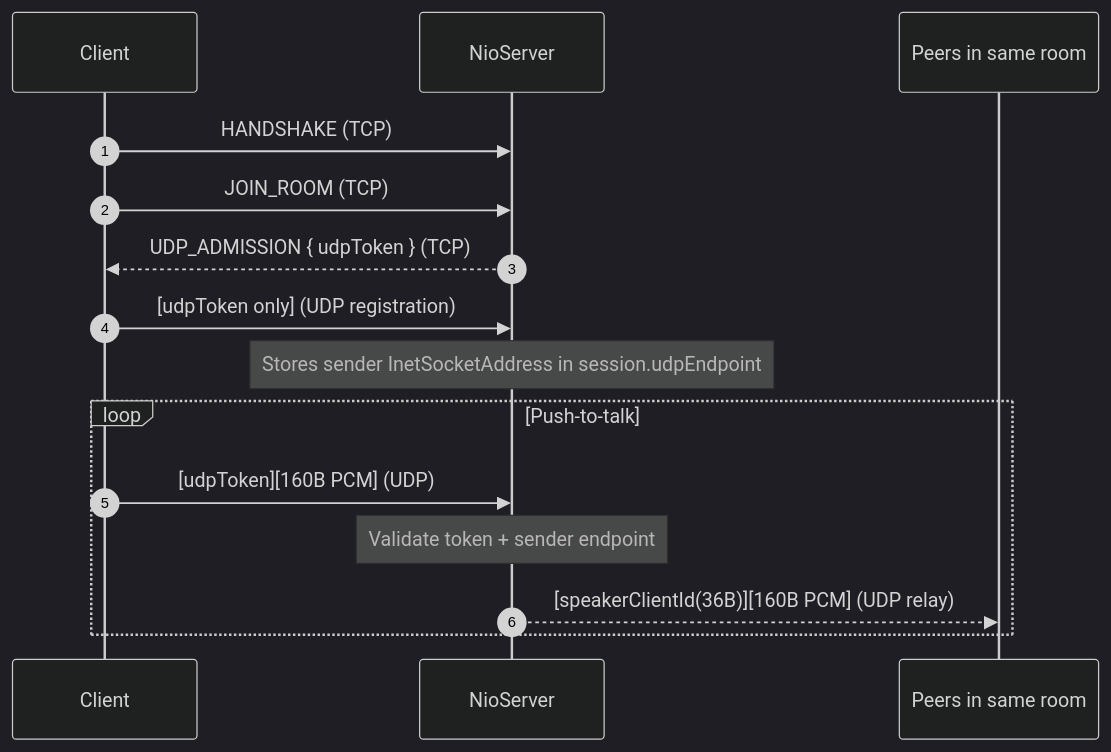
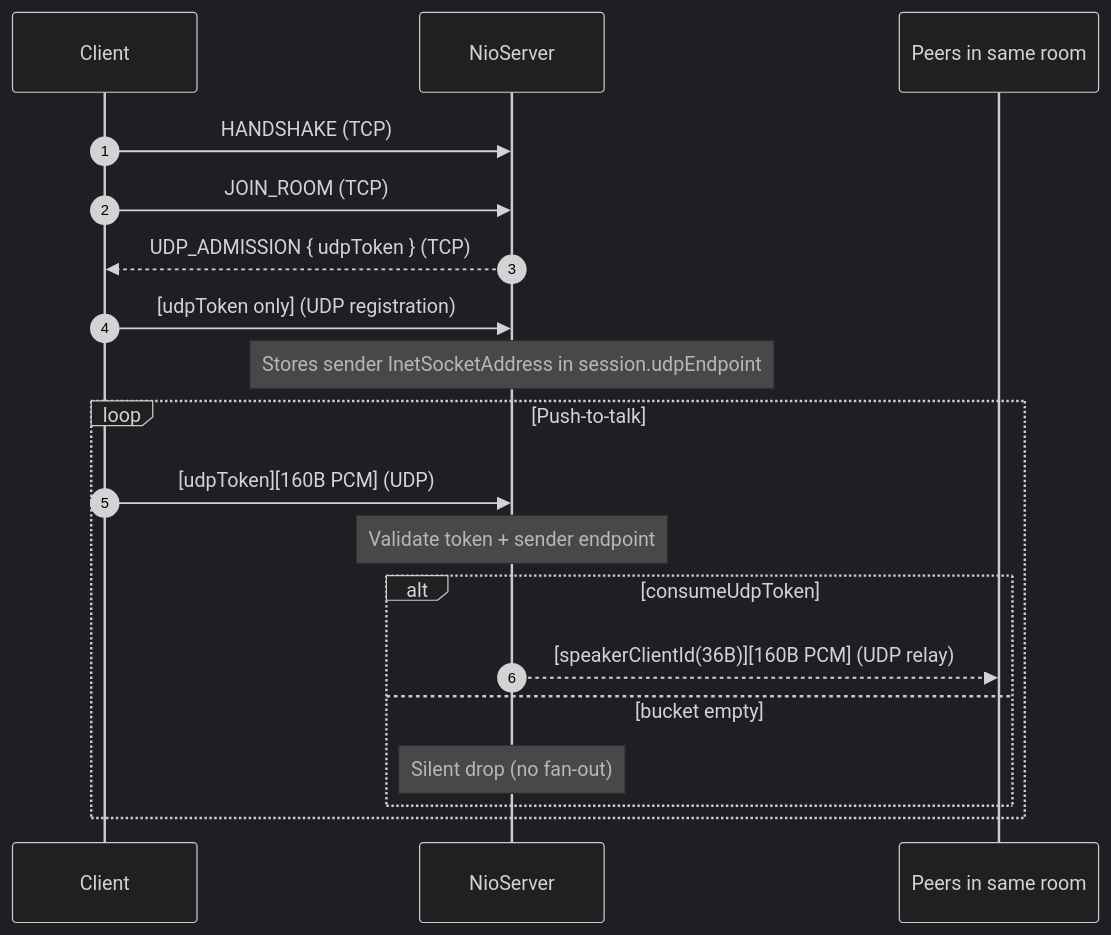
Before and after one commit to hmhngx/distrisync: the first of 2 diagrams in docs/Architecture.md, drawn with Mermaid (dark theme). The commit also changed other lines of this file and 1 other file, not shown here.

First line of the commit message:
docs: MUTATION_BATCH, chunked snapshots, spatial eraser, and UDP limits

````diff
--- a/docs/Architecture.md
+++ b/docs/Architecture.md
@@ -572,19 +617,23 @@
 ```mermaid
 sequenceDiagram
     autonumber
     participant C as Client
     participant S as NioServer
     participant P as Peers in same room
 
     C->>S: HANDSHAKE (TCP)
     C->>S: JOIN_ROOM (TCP)
     S-->>C: UDP_ADMISSION { udpToken } (TCP)
     C->>S: [udpToken only] (UDP registration)
     Note over S: Stores sender InetSocketAddress in session.udpEndpoint
 
     loop Push-to-talk
         C->>S: [udpToken][160B PCM] (UDP)
         Note over S: Validate token + sender endpoint
-        S-->>P: [speakerClientId(36B)][160B PCM] (UDP relay)
+        alt consumeUdpToken
+            S-->>P: [speakerClientId(36B)][160B PCM] (UDP relay)
+        else bucket empty
+            Note over S: Silent drop (no fan-out)
+        end
     end
 ```
````
